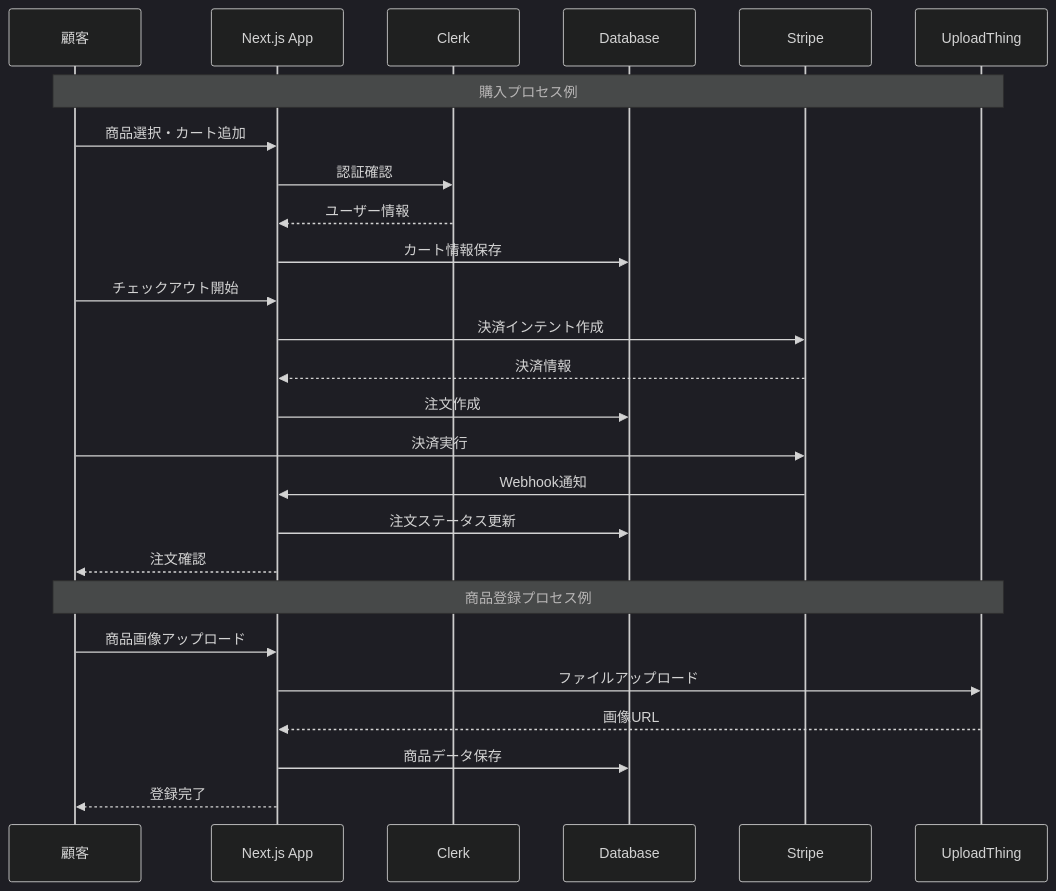
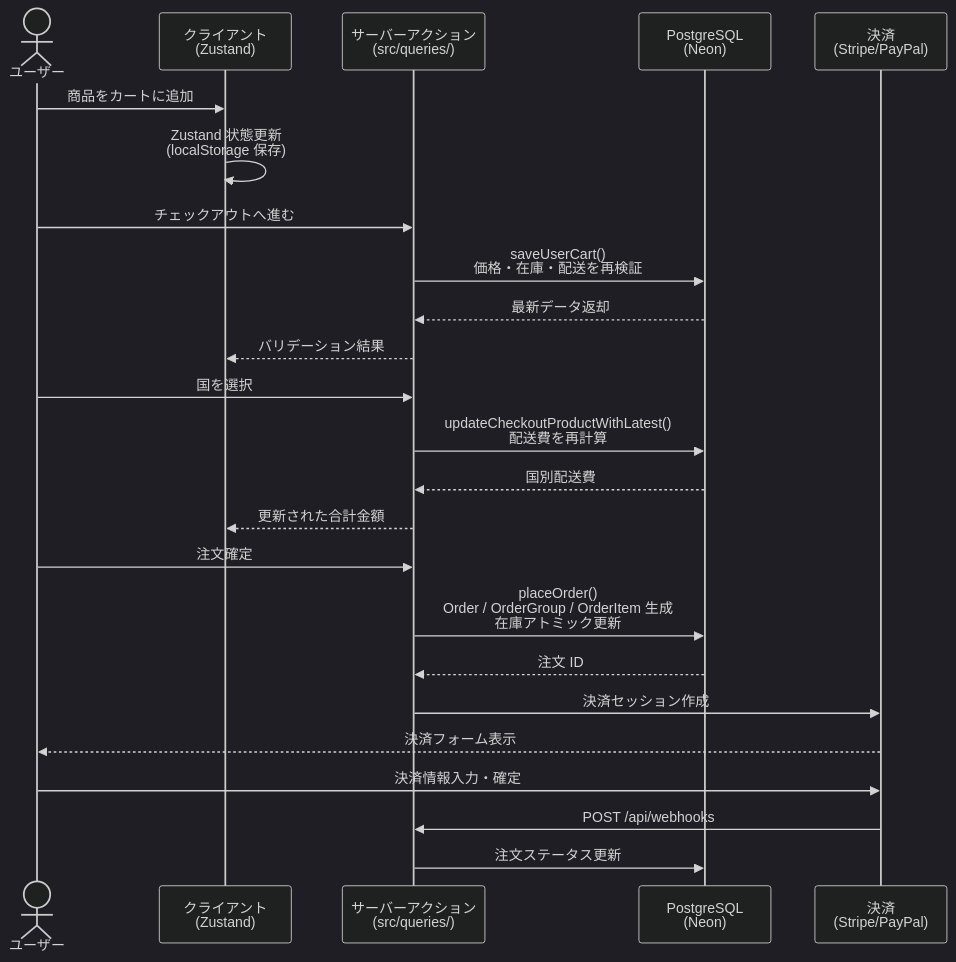
Before and after one commit to myoshi2891/Multi-Vendor-E-Commerce: the sixth of 9 diagrams in README.md, drawn with Mermaid (dark theme). The commit also changed other lines of this file, not shown here.

````diff
--- a/README.md
+++ b/README.md
@@ -456,34 +283,31 @@
 ```mermaid
 sequenceDiagram
-    participant C as 顧客
-    participant A as Next.js App
-    participant CL as Clerk
-    participant DB as Database
-    participant S as Stripe
-    participant UT as UploadThing
+    actor User as ユーザー
+    participant Client as クライアント<br>(Zustand)
+    participant SA as サーバーアクション<br>(src/queries/)
+    participant DB as PostgreSQL<br>(Neon)
+    participant Payment as 決済<br>(Stripe/PayPal)
 
-    Note over C,UT: 購入プロセス例
+    User->>Client: 商品をカートに追加
+    Client->>Client: Zustand 状態更新<br>(localStorage 保存)
 
-    C->>A: 商品選択・カート追加
-    A->>CL: 認証確認
-    CL-->>A: ユーザー情報
-    A->>DB: カート情報保存
+    User->>SA: チェックアウトへ進む
+    SA->>DB: saveUserCart()<br>価格・在庫・配送を再検証
+    DB-->>SA: 最新データ返却
+    SA-->>Client: バリデーション結果
 
-    C->>A: チェックアウト開始
-    A->>S: 決済インテント作成
-    S-->>A: 決済情報
-    A->>DB: 注文作成
+    User->>SA: 国を選択
+    SA->>DB: updateCheckoutProductWithLatest()<br>配送費を再計算
+    DB-->>SA: 国別配送費
+    SA-->>Client: 更新された合計金額
 
-    C->>S: 決済実行
-    S->>A: Webhook通知
-    A->>DB: 注文ステータス更新
-    A-->>C: 注文確認
+    User->>SA: 注文確定
+    SA->>DB: placeOrder()<br>Order / OrderGroup / OrderItem 生成<br>在庫アトミック更新
+    DB-->>SA: 注文 ID
 
-    Note over C,UT: 商品登録プロセス例
-
-    C->>A: 商品画像アップロード
-    A->>UT: ファイルアップロード
-    UT-->>A: 画像URL
-    A->>DB: 商品データ保存
-    A-->>C: 登録完了
+    SA->>Payment: 決済セッション作成
+    Payment-->>User: 決済フォーム表示
+    User->>Payment: 決済情報入力・確定
+    Payment->>SA: POST /api/webhooks
+    SA->>DB: 注文ステータス更新
 ```
````
